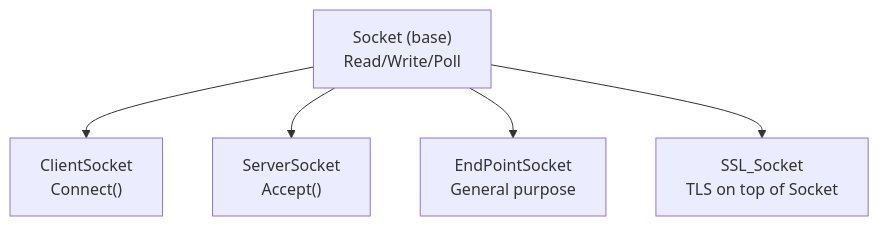
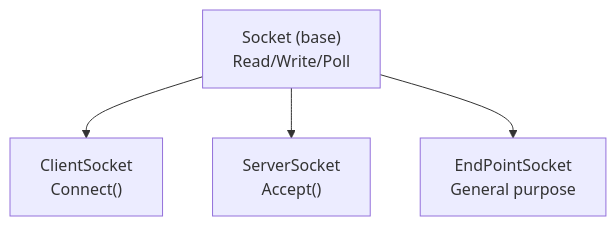
Before and after one commit to iotauth/sst-c-api: the diagram in cpp/src/net/README.md, drawn with Mermaid. The commit also changed other lines of this file and 9 other files, not shown here.

Commit message:
Remove SSL socket

````diff
--- a/cpp/src/net/README.md
+++ b/cpp/src/net/README.md
@@ -14,7 +13,6 @@
 ```mermaid
 graph TD
     Socket["Socket (base)\nRead/Write/Poll"] --> ClientSocket["ClientSocket\nConnect()"]
     Socket --> ServerSocket["ServerSocket\nAccept()"]
     Socket --> EndPointSocket["EndPointSocket\nGeneral purpose"]
-    Socket --> SSL_Socket["SSL_Socket\nTLS on top of Socket"]
 ```
````
